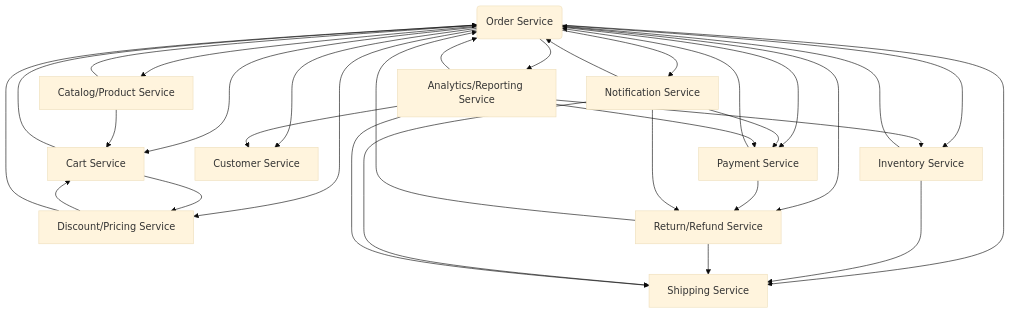
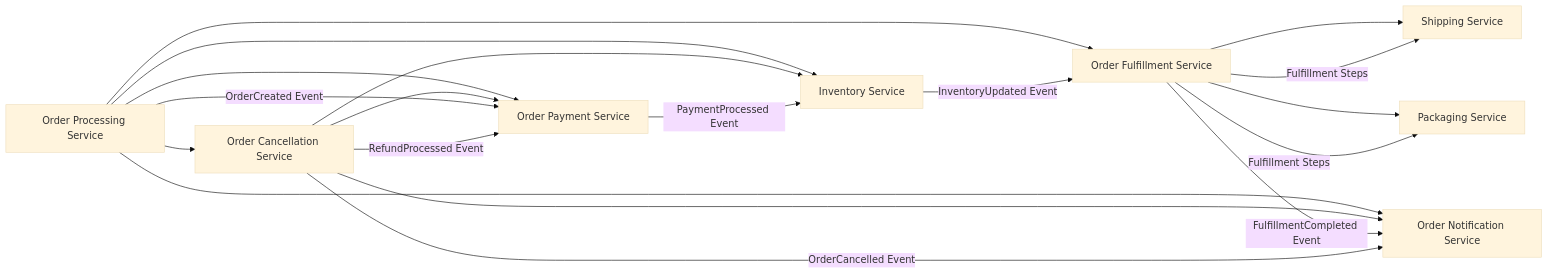
One commit to mortezarezaei68/grading-project changed the diagram in overview.md. Above: the diagram before and after it, drawn with Mermaid (base theme). The commit also changed other lines of this file and 5 other files, not shown here.

````diff
--- a/overview.md
+++ b/overview.md
@@ -2,65 +1,28 @@
 ```mermaid
-graph TD
-%% Order Service Central Hub
-  A(Order Service)
+graph LR
+A[Order Processing Service] --> B[Order Payment Service]
+A --> C[Inventory Service]
+A --> D[Order Fulfillment Service]
+A --> E[Order Notification Service]
+A --> F[Order Cancellation Service]
 
-%% Key Microservices Connecting to Order Service
-  B[Inventory Service]
-  C[Payment Service]
-  D[Shipping Service]
-  E[Customer Service]
-  F[Notification Service]
-  G[Cart Service]
-  H[Discount/Pricing Service]
-  I[Return/Refund Service]
-  J[Analytics/Reporting Service]
-  K[Catalog/Product Service]
+    D --> G[Shipping Service]
+    D --> H[Packaging Service]
+    
+    F --> B[Order Payment Service]
+    F --> C[Inventory Service]
+    F --> E[Order Notification Service]
 
-%% Microservices Interactions with Order Service
-  A --> B
-  A --> C
-  A --> D
-  A --> E
-  A --> F
-  A --> G
-  A --> H
-  A --> I
-  A --> J
-  A --> K
-
-%% Payment Interaction
-  C --> A
-  C --> I
-
-%% Inventory and Shipping
-  B --> A
-  B --> D
-
-%% Return/Refund
-  I --> A
-  I --> D
-
-%% Notifications
-  F --> A
-  F --> C
-  F --> D
-  F --> I
-
-%% Analytics and Reporting
-  J --> A
-  J --> B
-  J --> C
-  J --> D
-  J --> E
-
-%% Cart and Pricing Interaction
-  G --> A
-  G --> H
-  H --> G
-  H --> A
-
-%% Catalog/Product Service
-  K --> G
-  K --> A
+    %% Event-driven communication
+    A -- "OrderCreated Event" --> B
+    B -- "PaymentProcessed Event" --> C
+    C -- "InventoryUpdated Event" --> D
+    D -- "FulfillmentCompleted Event" --> E
+    F -- "OrderCancelled Event" --> E
+    F -- "RefundProcessed Event" --> B
+    
+    %% Routing Slips (dynamic workflow steps)
+    D -- "Fulfillment Steps" --> G
+    D -- "Fulfillment Steps" --> H
 
 ```
````
